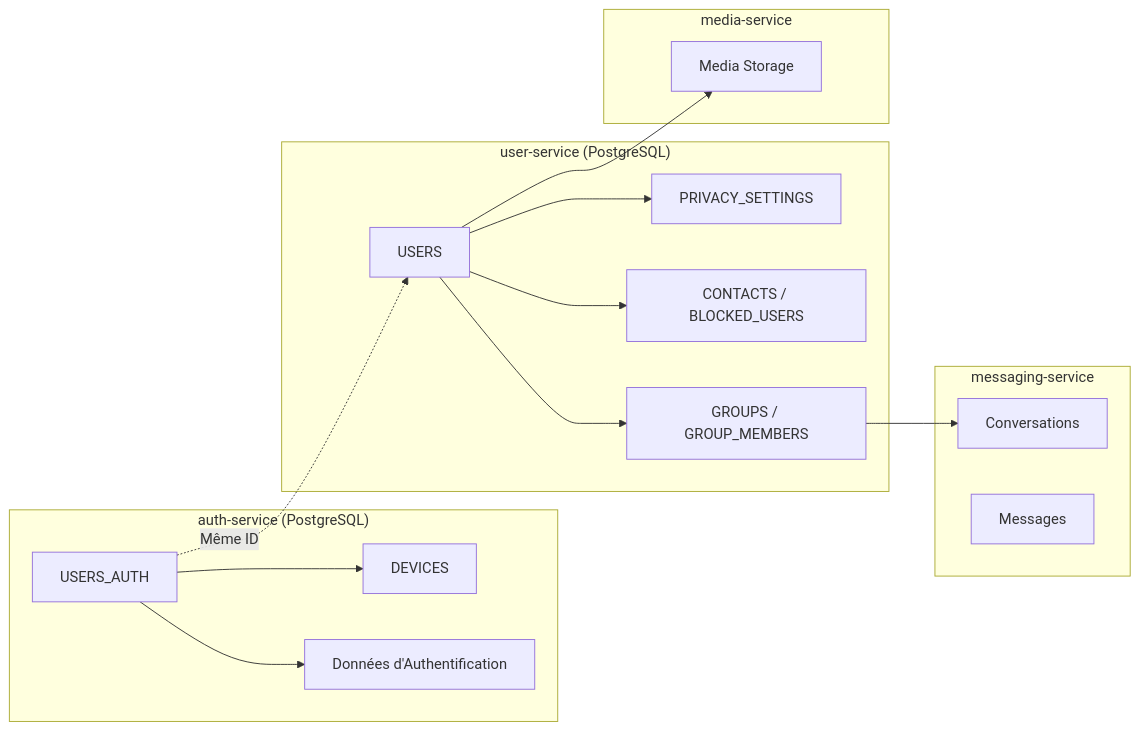
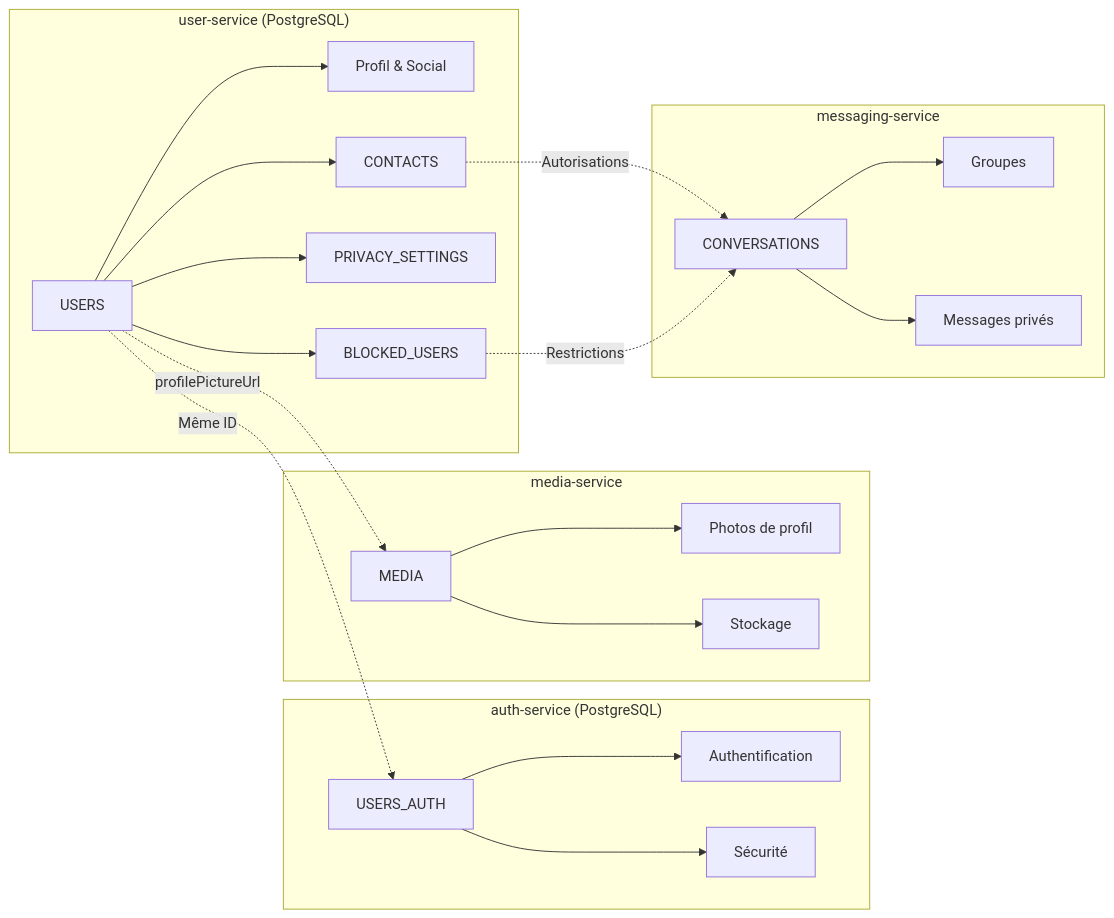
The third of 6 diagrams in documentation/1_architecture/2_database_design.md (whispr-messenger/user-service), drawn with Mermaid before and after one commit. The commit also changed other lines of this file and 19 other files, not shown here.

````diff
--- a/documentation/1_architecture/2_database_design.md
+++ b/documentation/1_architecture/2_database_design.md
@@ -335,26 +364,29 @@
 ```mermaid
 graph LR
-    subgraph "auth-service (PostgreSQL)"
-        A[USERS_AUTH] --> B[DEVICES]
-        A --> C[Données d'Authentification]
+    subgraph "user-service (PostgreSQL)"
+        A[USERS] --> B[Profil & Social]
+        A --> C[CONTACTS]
+        A --> D[PRIVACY_SETTINGS]
+        A --> E[BLOCKED_USERS]
     end
     
-    subgraph "user-service (PostgreSQL)"
-        D[USERS] --> E[PRIVACY_SETTINGS]
-        D --> F[CONTACTS / BLOCKED_USERS]
-        D --> G[GROUPS / GROUP_MEMBERS]
+    subgraph "auth-service (PostgreSQL)"
+        F[USERS_AUTH] --> G[Authentification]
+        F --> H[Sécurité]
+    end
+    
+    subgraph "media-service"
+        I[MEDIA] --> J[Photos de profil]
+        I --> K[Stockage]
     end
     
     subgraph "messaging-service"
-        H[Conversations]
-        I[Messages]
+        L[CONVERSATIONS] --> M[Groupes]
+        L --> N[Messages privés]
     end
     
-    subgraph "media-service"
-        J[Media Storage]
-    end
-    
-    A -.->|Même ID| D
-    D --> J
-    G --> H
+    A -.->|Même ID| F
+    A -.->|profilePictureUrl| I
+    C -.->|Autorisations| L
+    E -.->|Restrictions| L
 ```
````
